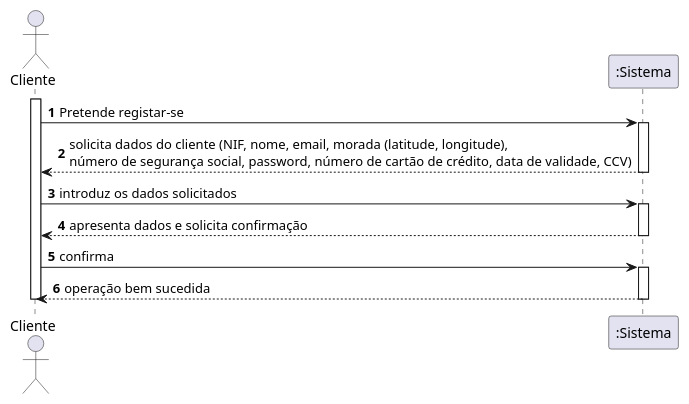
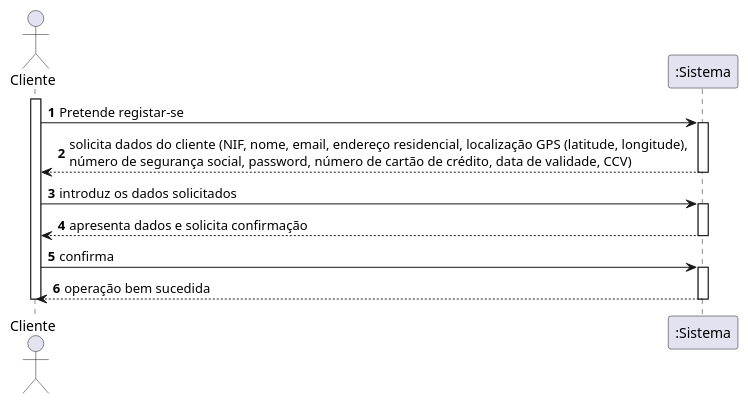
The diagram in docs/UC7/SSD-REGISTAR CLIENTE.puml (pedrolemos4/LAPR3), drawn with PlantUML before and after one commit. The commit also changed 3 other files, not shown here.

```diff
--- a/docs/UC7/SSD-REGISTAR CLIENTE.puml
+++ b/docs/UC7/SSD-REGISTAR CLIENTE.puml
@@ -1,22 +1,22 @@
 @startuml
 autonumber
 actor "Cliente" as CL
 
 activate CL
 CL -> ":Sistema" : Pretende registar-se
 activate ":Sistema"
-":Sistema" --> CL : solicita dados do cliente (NIF, nome, email, morada (latitude, longitude), \nnúmero de segurança social, password, número de cartão de crédito, data de validade, CCV)
+":Sistema" --> CL : solicita dados do cliente (NIF, nome, email, endereço residencial, localização GPS (latitude, longitude), \nnúmero de segurança social, password, número de cartão de crédito, data de validade, CCV)
 deactivate ":Sistema"
 
 CL -> ":Sistema" : introduz os dados solicitados
 activate ":Sistema"
 ":Sistema" --> CL : apresenta dados e solicita confirmação
 deactivate ":Sistema"
 
 CL -> ":Sistema" : confirma
 activate ":Sistema"
 ":Sistema" --> CL : operação bem sucedida
 deactivate ":Sistema"
 
 deactivate CL
 @enduml
```
